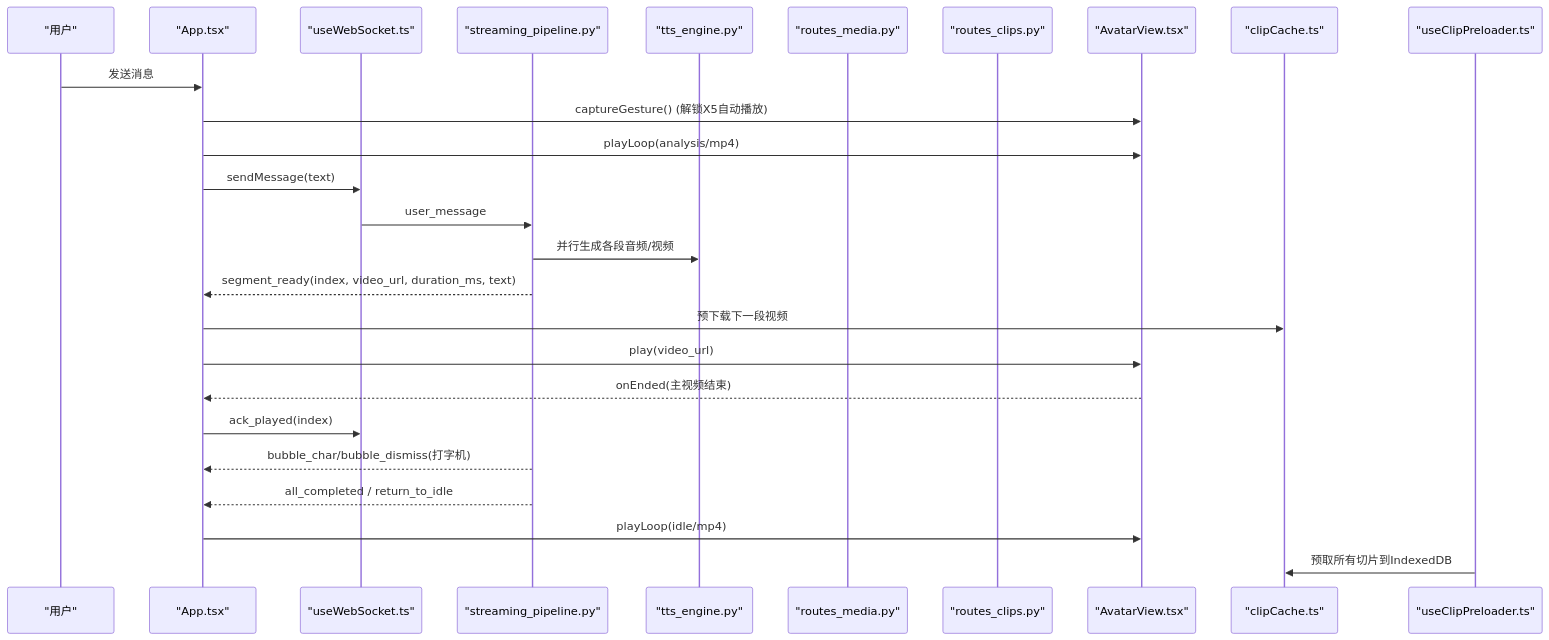
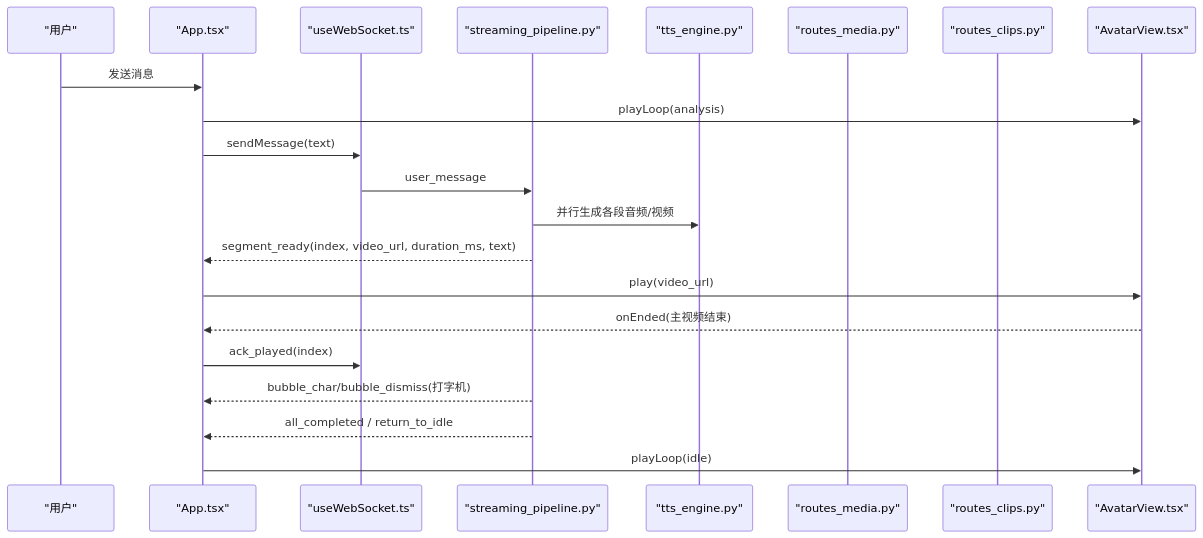
One commit to leo21cn/real-time-talk changed the second of 6 diagrams in .qoder/repowiki/zh/content/前端应用/虚拟形象系统.md. Above: the diagram before and after it, drawn with Mermaid. The commit also changed other lines of this file and 21 other files, not shown here.

````diff
--- a/.qoder/repowiki/zh/content/前端应用/虚拟形象系统.md
+++ b/.qoder/repowiki/zh/content/前端应用/虚拟形象系统.md
@@ -129,28 +98,23 @@
 ```mermaid
 sequenceDiagram
 participant U as "用户"
 participant APP as "App.tsx"
 participant WS as "useWebSocket.ts"
 participant PIPE as "streaming_pipeline.py"
 participant TTS as "tts_engine.py"
 participant MEDIA as "routes_media.py"
 participant CLIPS as "routes_clips.py"
 participant AV as "AvatarView.tsx"
-participant CACHE as "clipCache.ts"
-participant PRELOAD as "useClipPreloader.ts"
 U->>APP : 发送消息
-APP->>AV : captureGesture() (解锁X5自动播放)
-APP->>AV : playLoop(analysis/mp4)
+APP->>AV : playLoop(analysis)
 APP->>WS : sendMessage(text)
 WS->>PIPE : user_message
 PIPE->>TTS : 并行生成各段音频/视频
 PIPE-->>APP : segment_ready(index, video_url, duration_ms, text)
-APP->>CACHE : 预下载下一段视频
 APP->>AV : play(video_url)
 AV-->>APP : onEnded(主视频结束)
 APP->>WS : ack_played(index)
 PIPE-->>APP : bubble_char/bubble_dismiss(打字机)
 PIPE-->>APP : all_completed / return_to_idle
-APP->>AV : playLoop(idle/mp4)
-PRELOAD->>CACHE : 预取所有切片到IndexedDB
+APP->>AV : playLoop(idle)
 ```
````
